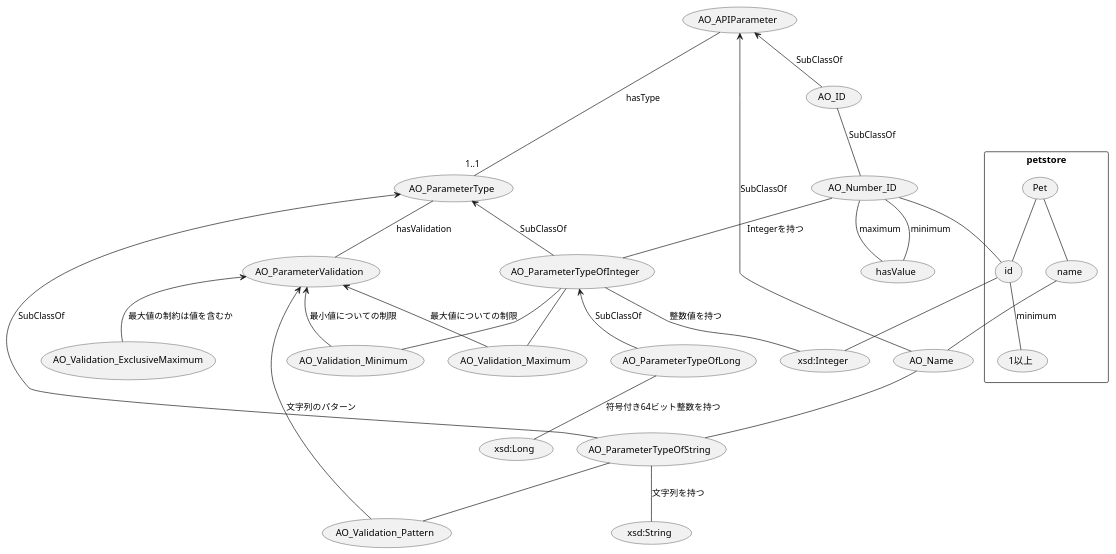
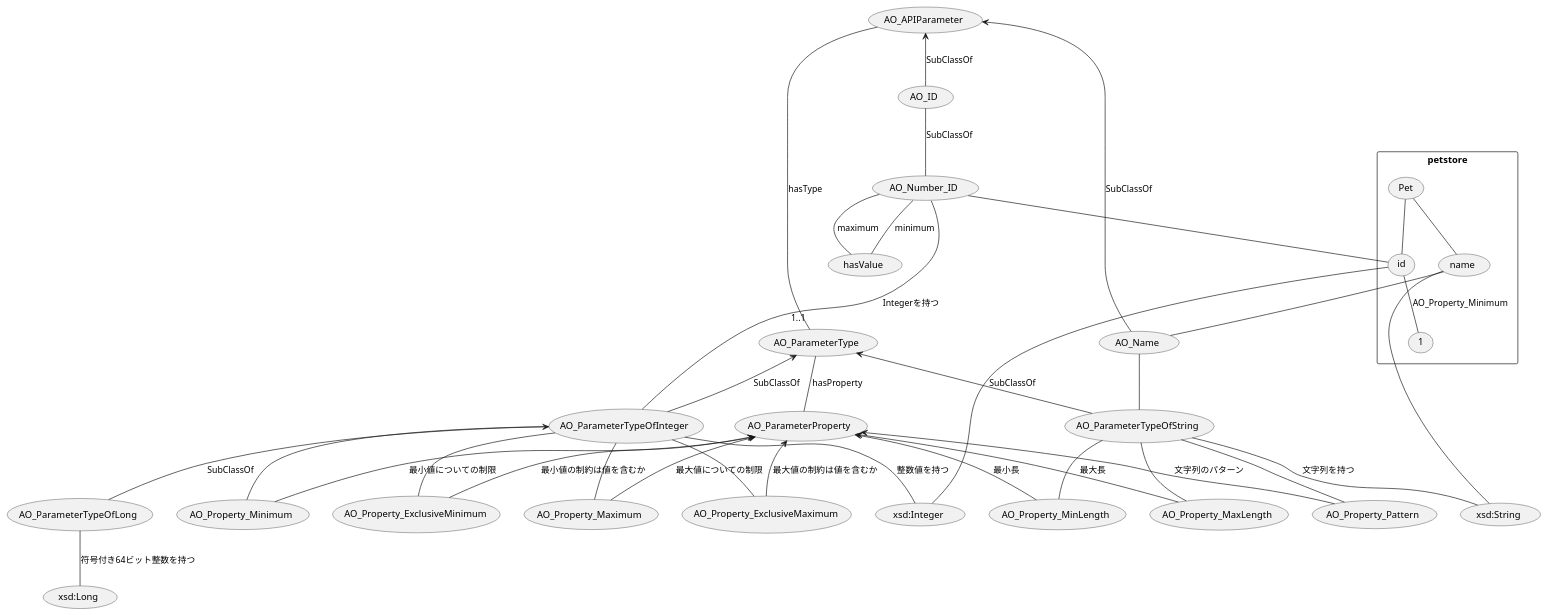
The diagram in sandbox/petstore.puml (beli68/ontologies), drawn with PlantUML before and after one commit. The commit also changed 1 other file, not shown here.

```diff
--- a/sandbox/petstore.puml
+++ b/sandbox/petstore.puml
@@ -1,121 +1,129 @@
 @startuml Petstore API
 (AO_APIParameter) as AO_APIParameter
 (AO_ParameterType) as AO_ParameterType
-(AO_ParameterValidation) as AO_ParameterValidation
+(AO_ParameterProperty) as AO_ParameterProperty
 
 
 ' パラメータの型について
 AO_APIParameter -- "1..1" (AO_ParameterType) : hasType
 (AO_ParameterType) <-- (AO_ParameterTypeOfInteger) : SubClassOf
 (AO_ParameterTypeOfInteger) -- (xsd:Integer) : 整数値を持つ
 (AO_ParameterTypeOfInteger) <-- (AO_ParameterTypeOfLong) : SubClassOf
 (AO_ParameterTypeOfLong) -- (xsd:Long) : 符号付き64ビット整数を持つ
 (AO_ParameterType) <-- (AO_ParameterTypeOfString) : SubClassOf
 (AO_ParameterTypeOfString) -- (xsd:String) : 文字列を持つ
 
 ' パラメータが持つ制約
 
-AO_ParameterType -- AO_ParameterValidation : hasValidation
-AO_ParameterValidation <-- (AO_Validation_Maximum): 最大値についての制限
-AO_ParameterValidation <-- (AO_Validation_Minimum): 最小値についての制限
-AO_ParameterValidation <-- (AO_Validation_ExclusiveMaximum): 最大値の制約は値を含むか
-AO_ParameterValidation <-- (AO_Validation_Pattern) : 文字列のパターン
+AO_ParameterType -- AO_ParameterProperty : hasProperty
+AO_ParameterProperty <-- (AO_Property_Maximum): 最大値についての制限
+AO_ParameterProperty <-- (AO_Property_Minimum): 最小値についての制限
+AO_ParameterProperty <-- (AO_Property_ExclusiveMaximum): 最大値の制約は値を含むか
+AO_ParameterProperty <-- (AO_Property_ExclusiveMinimum): 最小値の制約は値を含むか
+AO_ParameterProperty <-- (AO_Property_MaxLength) : 最大長
+AO_ParameterProperty <-- (AO_Property_MinLength) : 最小長
+AO_ParameterProperty <-- (AO_Property_Pattern) : 文字列のパターン
 
-(AO_ParameterTypeOfInteger) -- (AO_Validation_Maximum)
-(AO_ParameterTypeOfInteger) -- (AO_Validation_Minimum)
+(AO_ParameterTypeOfInteger) -- (AO_Property_Maximum)
+(AO_ParameterTypeOfInteger) -- (AO_Property_Minimum)
+(AO_ParameterTypeOfInteger) -- (AO_Property_ExclusiveMaximum)
+(AO_ParameterTypeOfInteger) -- (AO_Property_ExclusiveMinimum)
 
-(AO_ParameterTypeOfString) -- (AO_Validation_Pattern)
+(AO_ParameterTypeOfString) -- (AO_Property_Pattern)
+(AO_ParameterTypeOfString) -- (AO_Property_MaxLength)
+(AO_ParameterTypeOfString) -- (AO_Property_MinLength)
 
 
 
 (AO_ID) as AO_ID
 AO_APIParameter <-- (AO_ID) : SubClassOf
 
 (AO_Number_ID) as AO_Number_ID
 (AO_ID) -- (AO_Number_ID) : SubClassOf
 (AO_Number_ID) -- (AO_ParameterTypeOfInteger) : Integerを持つ
 (AO_Number_ID) -- (hasValue) : minimum
 (AO_Number_ID) -- (hasValue) : maximum
 
 (AO_Name) as AO_Name
 AO_APIParameter <-- AO_Name : SubClassOf
 AO_Name -- AO_ParameterTypeOfString
 
 ' AO_Name <-- (AO_JP_Name) : SubClassOf
 
 ' (AO_Category) as AO_Category
 ' AO_APIParameter <-- AO_Category : SubClassOf
 
 ' (AO_URL) as AO_URL
 ' AO_APIParameter <-- AO_URL : SubClassOf
 
 ' (AO_Tag) as AO_Tag
 ' AO_APIParameter <-- AO_Tag : SubClassOf
 
 ' (AO_Status) as AO_Status
 ' AO_APIParameter <-- AO_Status : SubClassOf
 
 ' (AO_StatusName) as AO_StatusName
 ' AO_APIParameter <-- AO_StatusName : SubClassOf
 
 ' (AO_StatusNumber) as AO_StatusNumber
 ' AO_APIParameter <-- AO_StatusNumber : SubClassOf
 
 ' (AO_EmailAddress) as AO_EmailAddress
 ' AO_APIParameter <-- AO_EmailAddress : SubClassOf
 
 ' (AO_Password) as AO_Password
 ' AO_APIParameter <-- AO_Password : SubClassOf
 
 ' (AO_PhoneNumber) as AO_PhoneNumber
 ' AO_APIParameter <-- AO_PhoneNumber : SubClassOf
 
 ' (AO_StateNumber) as AO_StateNumber
 ' AO_APIParameter <-- AO_StateNumber : SubClassOf
 
 ' (AO_Quantity) as AO_Quantity
 ' AO_APIParameter <-- AO_Quantity : SubClassOf
 
 ' (AO_Choices) as AO_Choices
 ' AO_APIParameter <-- AO_Choices : SubClassOf
 
 ' (AO_DateTime) as AO_DateTime
 ' AO_APIParameter <-- AO_DateTime : SubClassOf
 
 ' (AO_Street) as AO_Street
 ' AO_APIParameter <-- AO_Street : SubClassOf
 
 ' (AO_City) as AO_City
 ' AO_APIParameter <-- AO_City : SubClassOf
 
 ' (AO_State) as AO_State
 ' AO_APIParameter <-- AO_State : SubClassOf
 
 ' (AO_ZipCode) as AO_ZipCode
 ' AO_APIParameter <-- AO_ZipCode : SubClassOf
 
 ' (AO_HttpStatusCode) as AO_HttpStatusCode
 ' AO_APIParameter <-- AO_HttpStatusCode : SubClassOf
 
 ' (AO_responseType) as AO_responseType
 ' AO_APIParameter <-- AO_responseType : SubClassOf
 
 ' (AO_Message) as AO_Message
 ' AO_APIParameter <-- AO_Message : SubClassOf
 
 ' (AO_hasType) as AO_hasType
 ' AO_APIParameter <-- AO_hasType : SubClassOf
 
 
 rectangle petstore{
     (id) as PetId
     (Pet) -- PetId
     (name) as PetName
     (Pet) -- PetName
     AO_Number_ID -- PetId
     PetId -- (xsd:Integer)
-    PetId -- (1以上) : minimum
+    PetId -- (1) : AO_Property_Minimum
+    PetName -- (xsd:String)
     PetName -- AO_Name
 }
 
 @enduml
```
